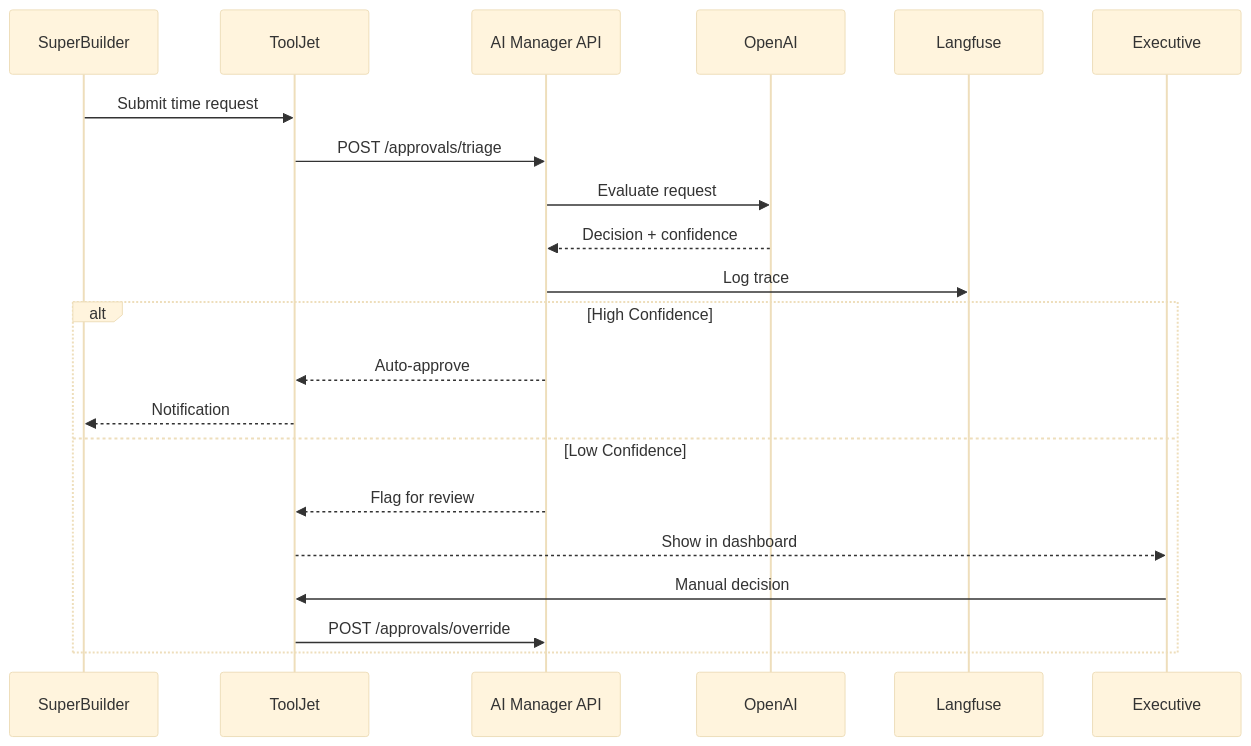
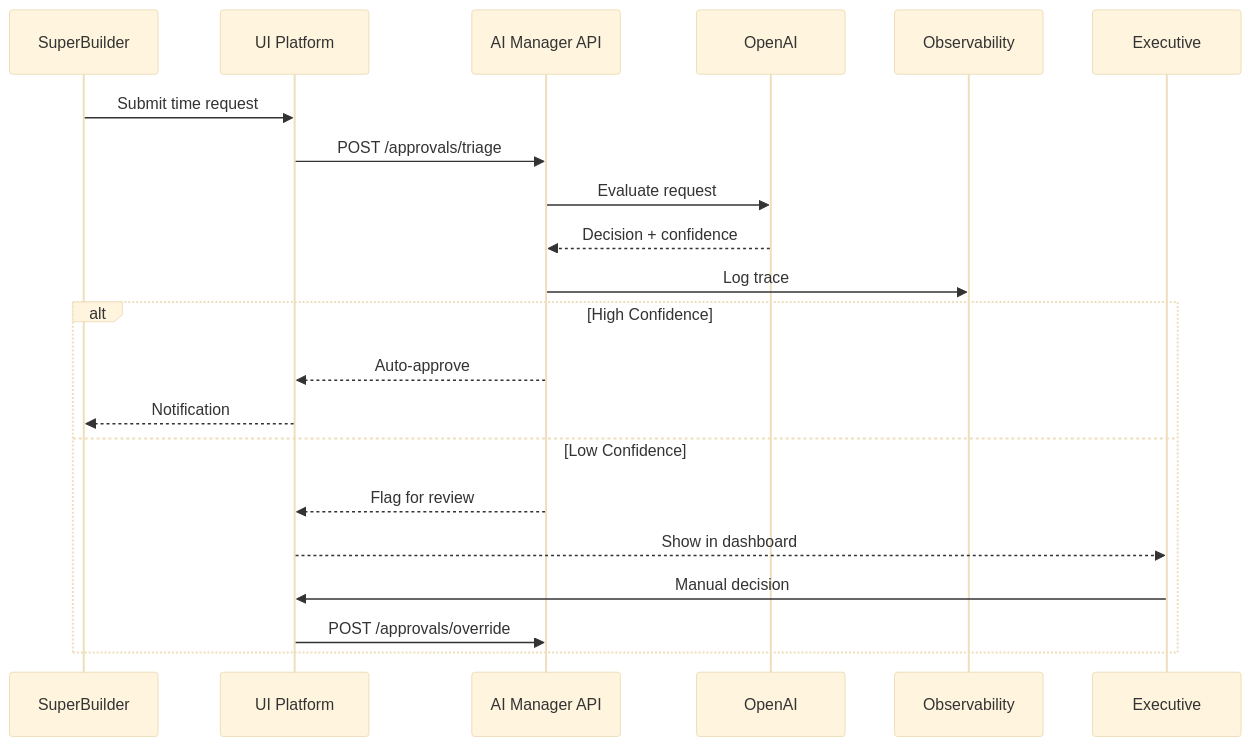
Before and after one commit to atambopatrick/AI-manager-architecture: the third of 4 diagrams in level-2-overview.md, drawn with Mermaid (base theme). The commit also changed other lines of this file, not shown here.

````diff
--- a/level-2-overview.md
+++ b/level-2-overview.md
@@ -441,25 +543,25 @@
 ```mermaid
 sequenceDiagram
     participant SB as SuperBuilder
-    participant UI as ToolJet
+    participant UI as UI Platform
     participant API as AI Manager API
     participant LLM as OpenAI
-    participant LF as Langfuse
+    participant OBS as Observability
     participant EXEC as Executive
     
     SB->>UI: Submit time request
     UI->>API: POST /approvals/triage
     API->>LLM: Evaluate request
     LLM-->>API: Decision + confidence
-    API->>LF: Log trace
+    API->>OBS: Log trace
     
     alt High Confidence
         API-->>UI: Auto-approve
         UI-->>SB: Notification
     else Low Confidence
         API-->>UI: Flag for review
         UI-->>EXEC: Show in dashboard
         EXEC->>UI: Manual decision
         UI->>API: POST /approvals/override
     end
 ```
````
